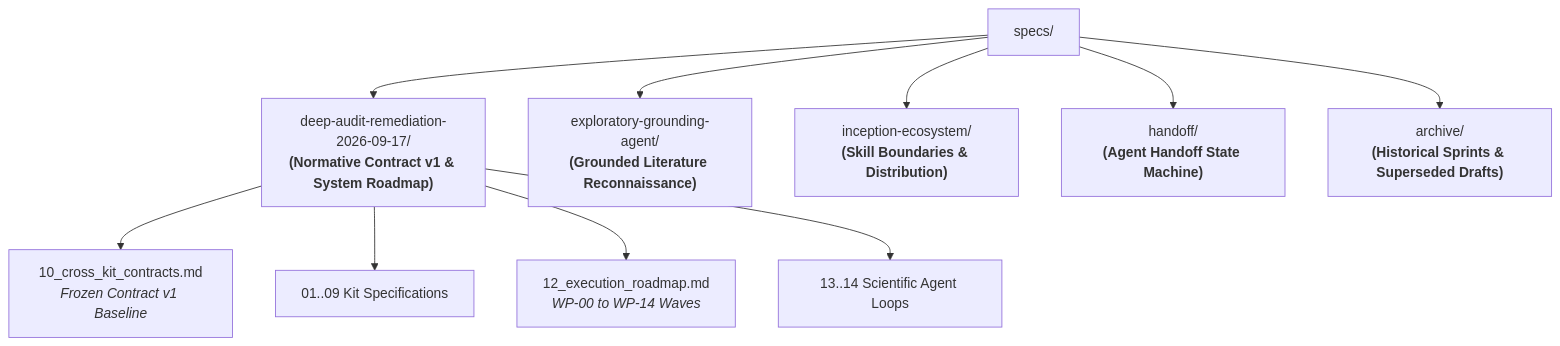
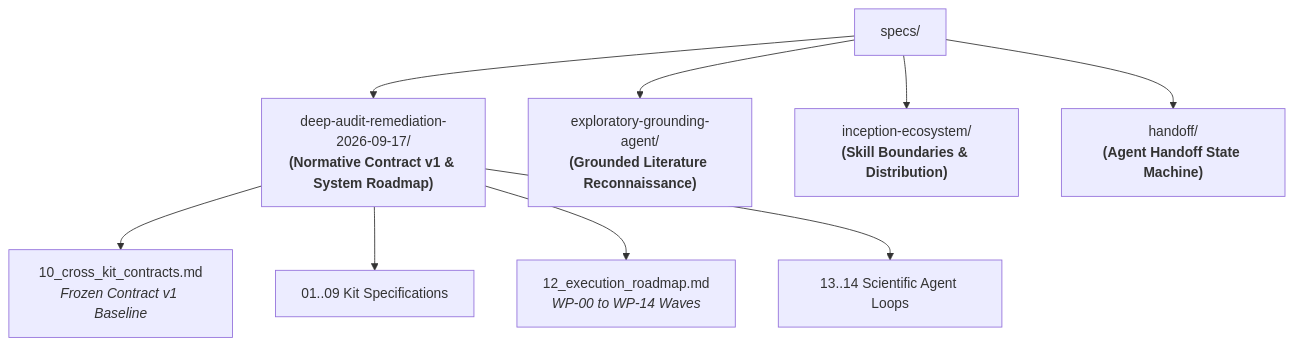
One commit to nexus-scholar-org/nexus-scholar-harness changed the diagram in specs/README.md. Above: the diagram before and after it, drawn with Mermaid. The commit also changed other lines of this file and 27 other files, not shown here.

````diff
--- a/specs/README.md
+++ b/specs/README.md
@@ -11,14 +11,13 @@
 ```mermaid
 graph TD
     Root["specs/"]
     Root --> DeepAudit["deep-audit-remediation-2026-09-17/<br/><b>(Normative Contract v1 & System Roadmap)</b>"]
     Root --> Grounding["exploratory-grounding-agent/<br/><b>(Grounded Literature Reconnaissance)</b>"]
     Root --> Ecosystem["inception-ecosystem/<br/><b>(Skill Boundaries & Distribution)</b>"]
     Root --> Handoff["handoff/<br/><b>(Agent Handoff State Machine)</b>"]
-    Root --> Archive["archive/<br/><b>(Historical Sprints & Superseded Drafts)</b>"]
 
     DeepAudit --> Contracts["10_cross_kit_contracts.md<br/><i>Frozen Contract v1 Baseline</i>"]
     DeepAudit --> Kits["01..09 Kit Specifications"]
     DeepAudit --> Roadmap["12_execution_roadmap.md<br/><i>WP-00 to WP-14 Waves</i>"]
     DeepAudit --> Loops["13..14 Scientific Agent Loops"]
 ```
````
